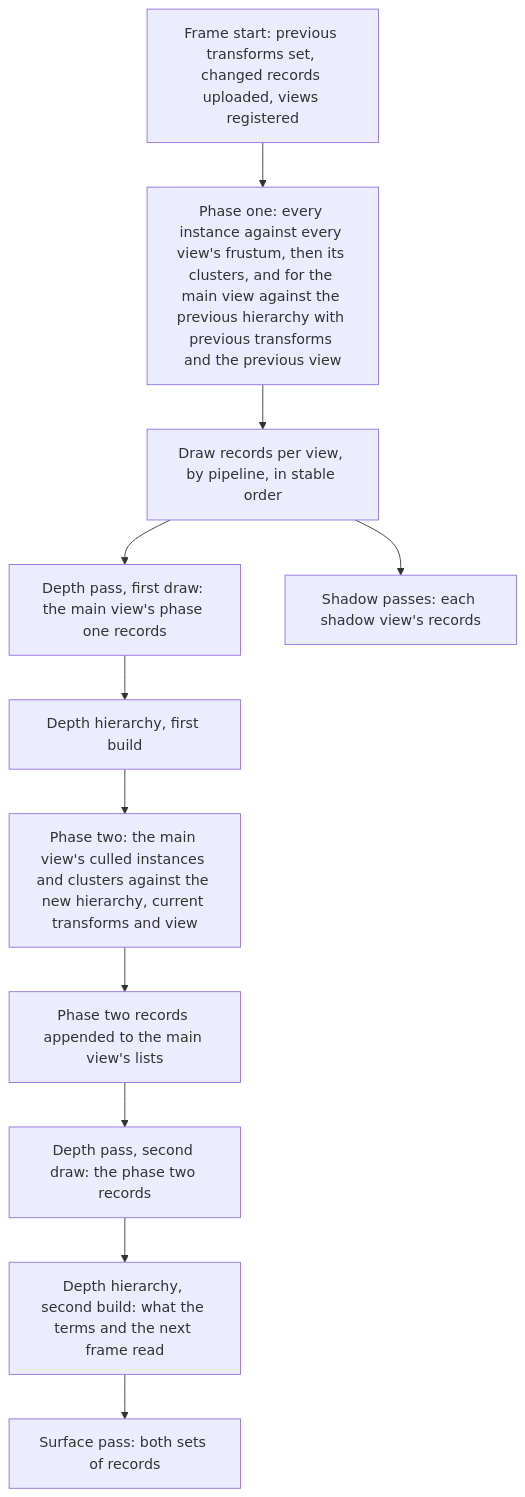
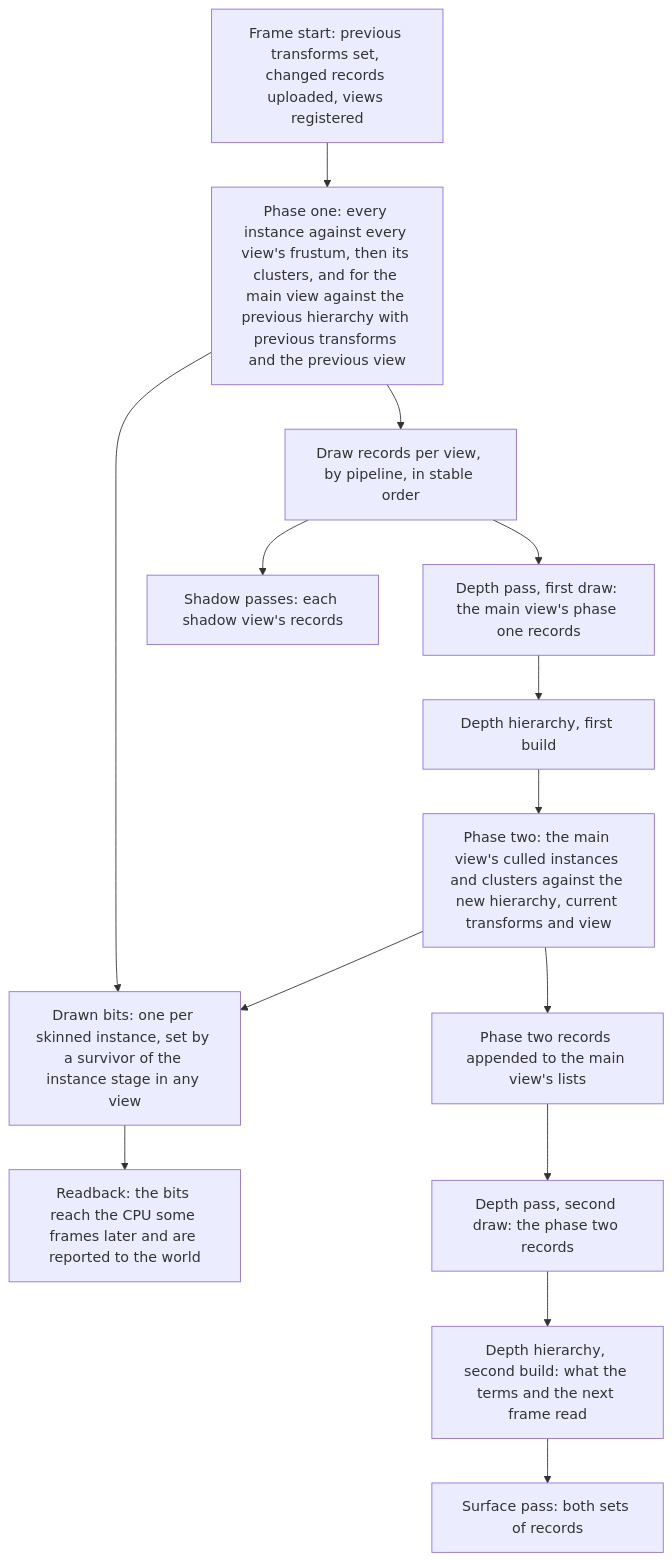
The second of 2 diagrams in docs/architecture/scene.md (plainsight-systems/bullet-witch), drawn with Mermaid before and after one commit. The commit also changed other lines of this file and 2 other files, not shown here.

First line of the commit message:
State which characters are posed: a pose option per character and a drawn bit per skinned instance the scene reads back

````diff
--- a/docs/architecture/scene.md
+++ b/docs/architecture/scene.md
@@ -156,13 +169,16 @@
 ```mermaid
 flowchart TD
     FS["Frame start: previous transforms set, changed records uploaded, views registered"] --> P1["Phase one: every instance against every view's frustum, then its clusters, and for the main view against the previous hierarchy with previous transforms and the previous view"]
     P1 --> R1["Draw records per view, by pipeline, in stable order"]
     R1 --> D1["Depth pass, first draw: the main view's phase one records"]
     D1 --> H1["Depth hierarchy, first build"]
     H1 --> P2["Phase two: the main view's culled instances and clusters against the new hierarchy, current transforms and view"]
     P2 --> R2["Phase two records appended to the main view's lists"]
+    P1 --> DB["Drawn bits: one per skinned instance, set by a survivor of the instance stage in any view"]
+    P2 --> DB
+    DB --> RB["Readback: the bits reach the CPU some frames later and are reported to the world"]
     R2 --> D2["Depth pass, second draw: the phase two records"]
     D2 --> H2["Depth hierarchy, second build: what the terms and the next frame read"]
     H2 --> SP["Surface pass: both sets of records"]
     R1 --> SH["Shadow passes: each shadow view's records"]
 ```
````
